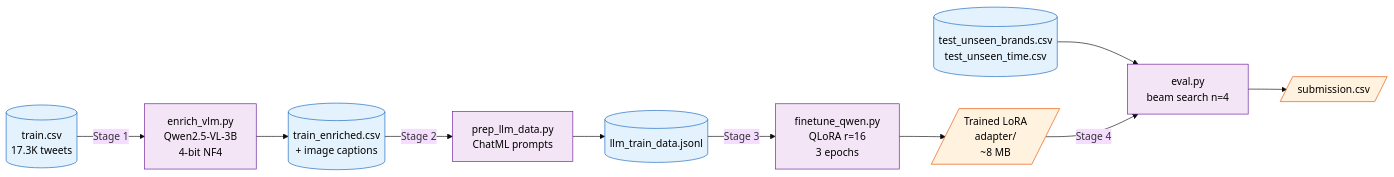
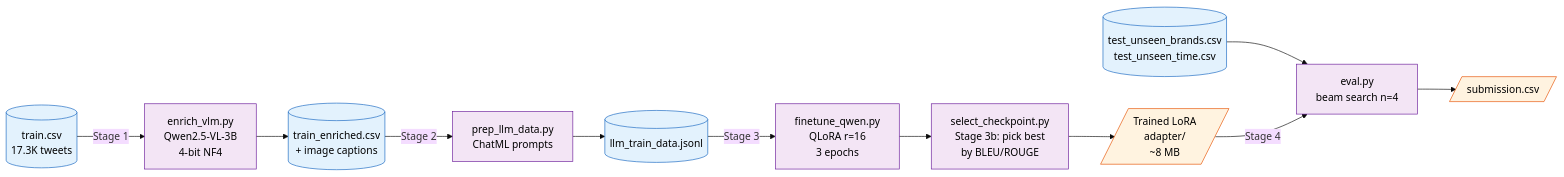
The diagram in Task-2/README.md (havish-coder/Tweet_analyzer), drawn with Mermaid (base theme) before and after one commit. The commit also changed other lines of this file and 2 other files, not shown here.

````diff
--- a/Task-2/README.md
+++ b/Task-2/README.md
@@ -80,23 +80,25 @@
 ```mermaid
 flowchart LR
     A[(train.csv<br/>17.3K tweets)] -->|"Stage 1"| B[enrich_vlm.py<br/>Qwen2.5-VL-3B<br/>4-bit NF4]
     B --> C[(train_enriched.csv<br/>+ image captions)]
     C -->|"Stage 2"| D[prep_llm_data.py<br/>ChatML prompts]
     D --> E[(llm_train_data.jsonl)]
     E -->|"Stage 3"| F[finetune_qwen.py<br/>QLoRA r=16<br/>3 epochs]
-    F --> G[/Trained LoRA<br/>adapter/<br/>~8 MB/]
+    F --> F2[select_checkpoint.py<br/>Stage 3b: pick best<br/>by BLEU/ROUGE]
+    F2 --> G[/Trained LoRA<br/>adapter/<br/>~8 MB/]
     H[(test_unseen_brands.csv<br/>test_unseen_time.csv)] --> I
     G -->|"Stage 4"| I[eval.py<br/>beam search n=4]
     I --> J[/submission.csv/]
 
     style A fill:#e3f2fd,stroke:#1565c0,color:#000
     style C fill:#e3f2fd,stroke:#1565c0,color:#000
     style E fill:#e3f2fd,stroke:#1565c0,color:#000
     style H fill:#e3f2fd,stroke:#1565c0,color:#000
     style G fill:#fff3e0,stroke:#e65100,color:#000
     style J fill:#fff3e0,stroke:#e65100,color:#000
     style B fill:#f3e5f5,stroke:#6a1b9a,color:#000
     style D fill:#f3e5f5,stroke:#6a1b9a,color:#000
     style F fill:#f3e5f5,stroke:#6a1b9a,color:#000
+    style F2 fill:#f3e5f5,stroke:#6a1b9a,color:#000
     style I fill:#f3e5f5,stroke:#6a1b9a,color:#000
 ```
````
